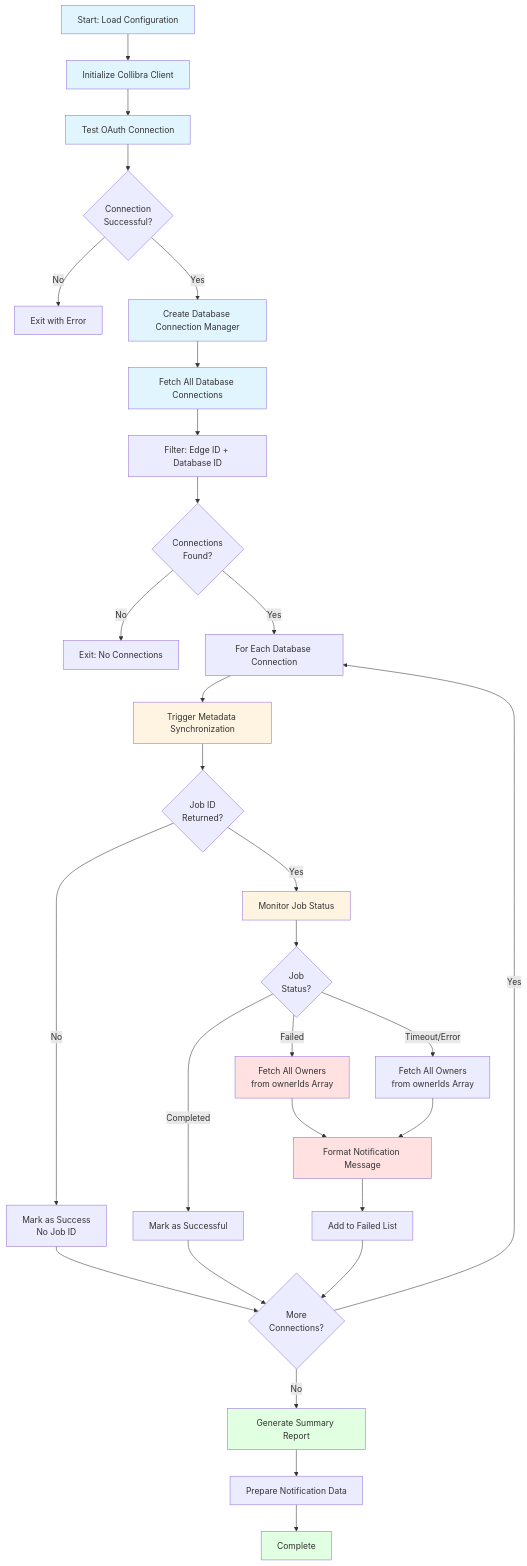
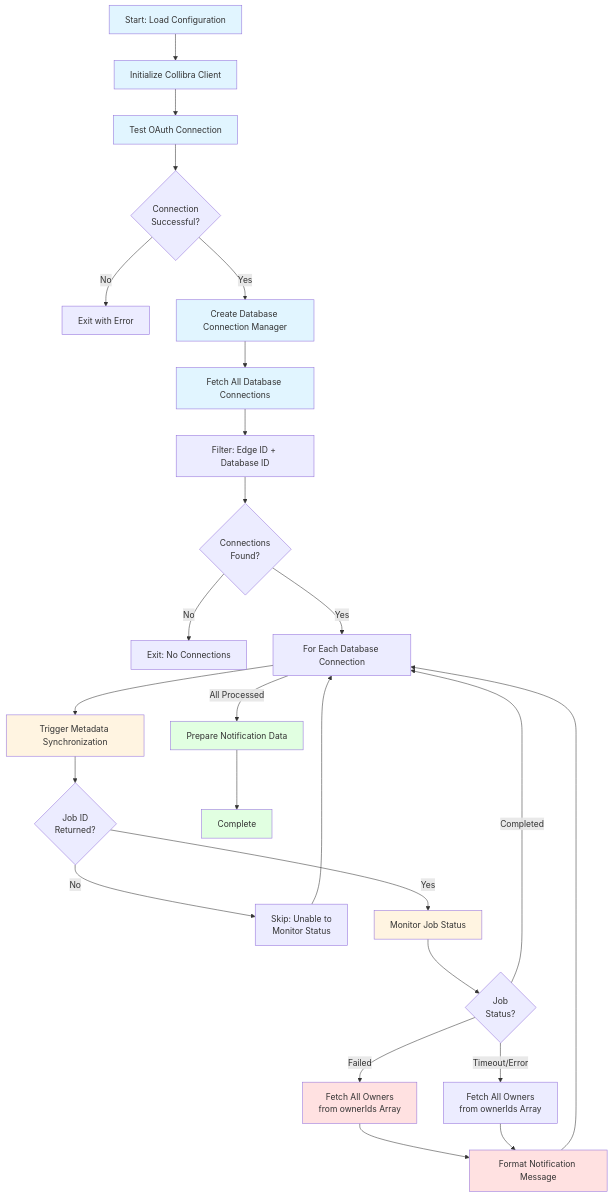
One commit to arnauudG/Collibra-Repository---Automations changed the diagram in Test Connections - Database - Collibra/README.md. Above: the diagram before and after it, drawn with Mermaid. The commit also changed other lines of this file, not shown here.

Commit message:
update project doc

````diff
--- a/Test Connections - Database - Collibra/README.md
+++ b/Test Connections - Database - Collibra/README.md
@@ -49,43 +49,39 @@
 ```mermaid
 flowchart TD
     A[Start: Load Configuration] --> B[Initialize Collibra Client]
     B --> C[Test OAuth Connection]
     C --> D{Connection<br/>Successful?}
     D -->|No| E[Exit with Error]
     D -->|Yes| F[Create Database Connection Manager]
     F --> G[Fetch All Database Connections]
     G --> H[Filter: Edge ID + Database ID]
     H --> I{Connections<br/>Found?}
     I -->|No| J[Exit: No Connections]
     I -->|Yes| K[For Each Database Connection]
     K --> L[Trigger Metadata Synchronization]
     L --> M{Job ID<br/>Returned?}
-    M -->|No| N[Mark as Success<br/>No Job ID]
+    M -->|No| N[Skip: Unable to<br/>Monitor Status]
     M -->|Yes| O[Monitor Job Status]
     O --> P{Job<br/>Status?}
-    P -->|Completed| Q[Mark as Successful]
+    P -->|Completed| K
     P -->|Failed| R[Fetch All Owners<br/>from ownerIds Array]
     P -->|Timeout/Error| S[Fetch All Owners<br/>from ownerIds Array]
     R --> T[Format Notification Message]
     S --> T
-    T --> U[Add to Failed List]
-    N --> V{More<br/>Connections?}
-    Q --> V
-    U --> V
-    V -->|Yes| K
-    V -->|No| W[Generate Summary Report]
-    W --> X[Prepare Notification Data]
+    T --> K
+    N --> K
+    K -->|All Processed| X[Prepare Notification Data]
     X --> Z[Complete]
     
     style A fill:#e1f5ff
     style B fill:#e1f5ff
     style C fill:#e1f5ff
     style F fill:#e1f5ff
     style G fill:#e1f5ff
     style L fill:#fff4e1
     style O fill:#fff4e1
     style R fill:#ffe1e1
     style T fill:#ffe1e1
-    style W fill:#e1ffe1
+    style X fill:#e1ffe1
     style Z fill:#e1ffe1
 ```
````
